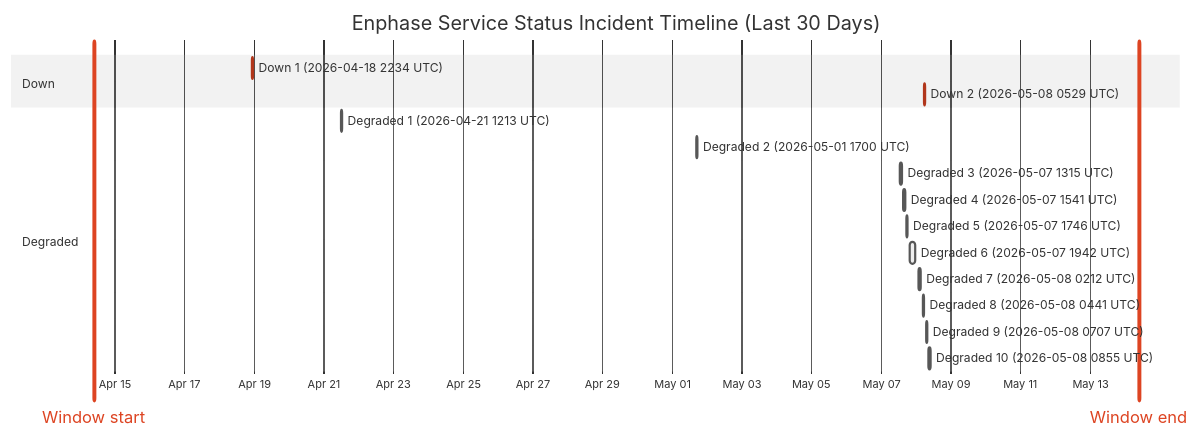
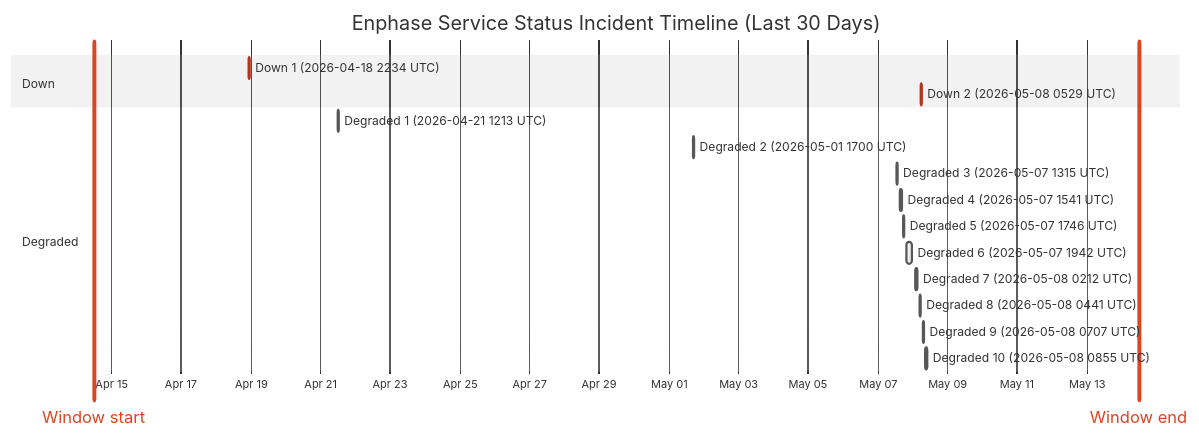
One commit to barneyonline/ha-enphase-ev-charger changed the diagram in wiki/Service-Status-History.md. Above: the diagram before and after it, drawn with Mermaid (neutral theme). The commit also changed other lines of this file and 3 other files, not shown here.

````diff
--- a/wiki/Service-Status-History.md
+++ b/wiki/Service-Status-History.md
@@ -14,22 +14,22 @@
 ```mermaid
 gantt
     title Enphase Service Status Incident Timeline (Last 30 Days)
     dateFormat  YYYY-MM-DDTHH:mm:ss
     axisFormat  %b %d
-    Window start :vert, window-start, 2026-04-14T09:33:58, 0ms
-    Window end :vert, window-end, 2026-05-14T09:33:58, 0ms
+    Window start :vert, window-start, 2026-04-14T11:51:50, 0ms
+    Window end :vert, window-end, 2026-05-14T11:51:50, 0ms
     section Down
     Down 1 (2026-04-18 2234 UTC) :crit, down-1, 2026-04-18T22:34:13, 60m
     Down 2 (2026-05-08 0529 UTC) :crit, down-2, 2026-05-08T05:29:47, 60m
     section Degraded
     Degraded 1 (2026-04-21 1213 UTC) :active, degraded-1, 2026-04-21T12:13:11, 60m
     Degraded 2 (2026-05-01 1700 UTC) :active, degraded-2, 2026-05-01T17:00:22, 60m
     Degraded 3 (2026-05-07 1315 UTC) :active, degraded-3, 2026-05-07T13:15:25, 60m
     Degraded 4 (2026-05-07 1541 UTC) :active, degraded-4, 2026-05-07T15:41:58, 60m
     Degraded 5 (2026-05-07 1746 UTC) :active, degraded-5, 2026-05-07T17:46:51, 60m
     Degraded 6 (2026-05-07 1942 UTC) :active, degraded-6, 2026-05-07T19:42:10, 249m
     Degraded 7 (2026-05-08 0212 UTC) :active, degraded-7, 2026-05-08T02:12:39, 60m
     Degraded 8 (2026-05-08 0441 UTC) :active, degraded-8, 2026-05-08T04:41:46, 60m
     Degraded 9 (2026-05-08 0707 UTC) :active, degraded-9, 2026-05-08T07:07:30, 60m
     Degraded 10 (2026-05-08 0855 UTC) :active, degraded-10, 2026-05-08T08:55:20, 88m
 ```
````
